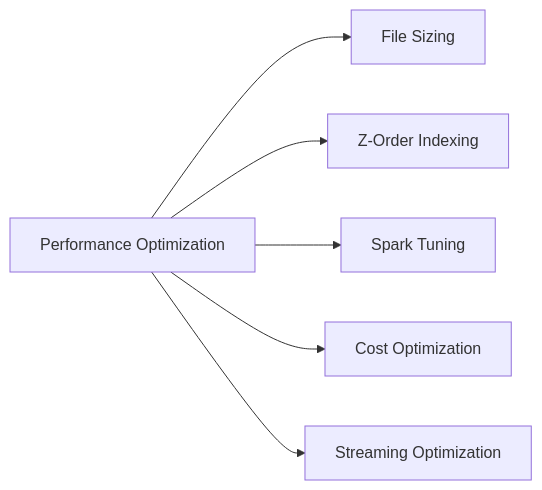
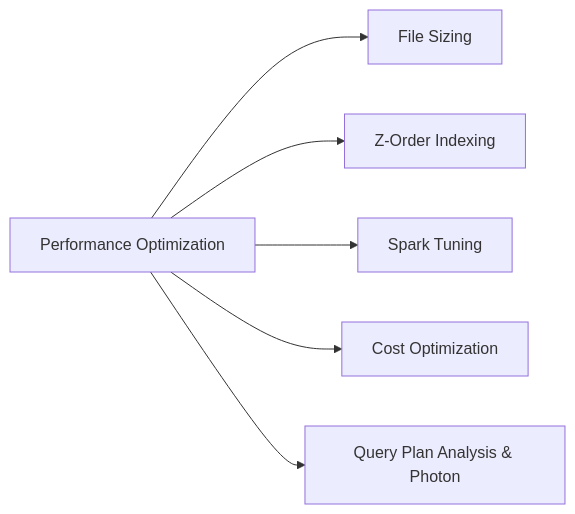
One commit to kengio/databricks-certification-study-guide changed the first of 4 diagrams in certifications/data-engineer-professional/08-performance-optimization/README.md. Above: the diagram before and after it, drawn with Mermaid. The commit also changed other lines of this file and 29 other files, not shown here.

````diff
--- a/certifications/data-engineer-professional/08-performance-optimization/README.md
+++ b/certifications/data-engineer-professional/08-performance-optimization/README.md
@@ -7,8 +7,8 @@
 ```mermaid
 flowchart LR
     PO[Performance Optimization] --> FS[File Sizing]
     PO --> ZO[Z-Order Indexing]
     PO --> ST[Spark Tuning]
     PO --> CO[Cost Optimization]
-    PO --> SO[Streaming Optimization]
+    PO --> QP[Query Plan Analysis & Photon]
 ```
````
